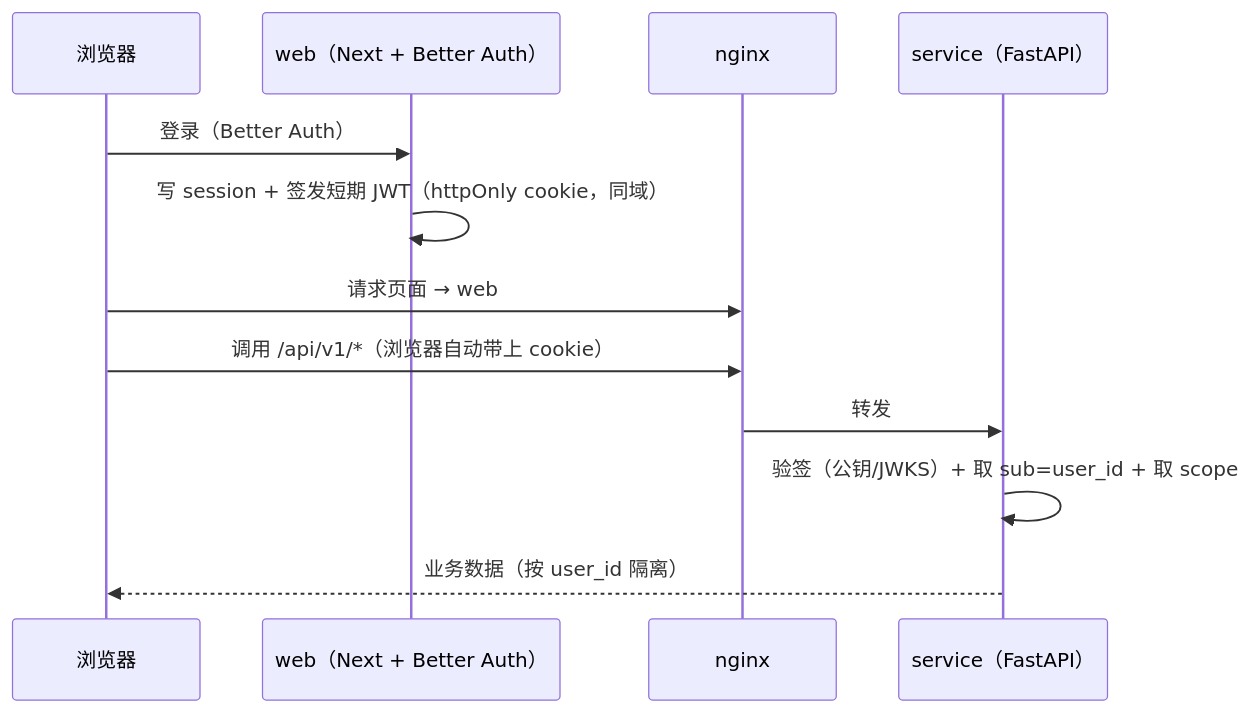
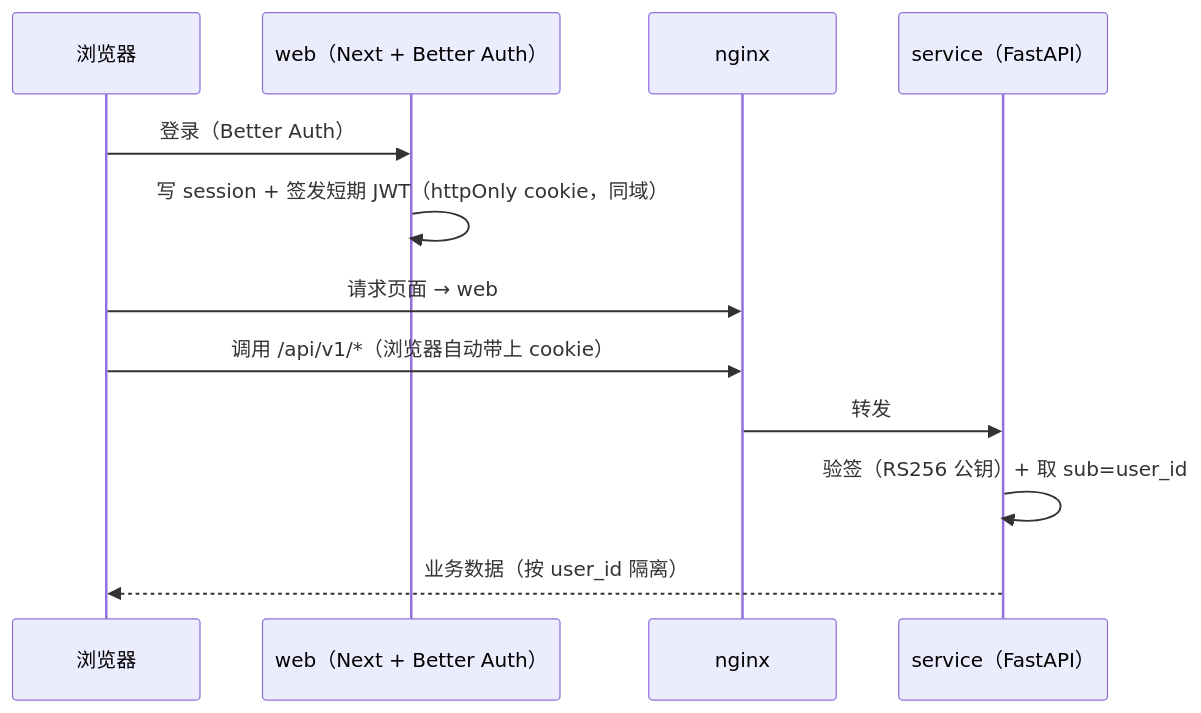
One commit to 2308623956/summer-checkin changed the second of 6 diagrams in docs/tech/architecture.md. Above: the diagram before and after it, drawn with Mermaid. The commit also changed other lines of this file and 122 other files, not shown here.

````diff
--- a/docs/tech/architecture.md
+++ b/docs/tech/architecture.md
@@ -75,14 +75,14 @@
 ```mermaid
 sequenceDiagram
     participant U as 浏览器
     participant W as web（Next + Better Auth）
     participant N as nginx
     participant S as service（FastAPI）
     U->>W: 登录（Better Auth）
     W->>W: 写 session + 签发短期 JWT（httpOnly cookie，同域）
     U->>N: 请求页面 → web
     U->>N: 调用 /api/v1/*（浏览器自动带上 cookie）
     N->>S: 转发
-    S->>S: 验签（公钥/JWKS）+ 取 sub=user_id + 取 scope
+    S->>S: 验签（RS256 公钥）+ 取 sub=user_id
     S-->>U: 业务数据（按 user_id 隔离）
 ```
````
